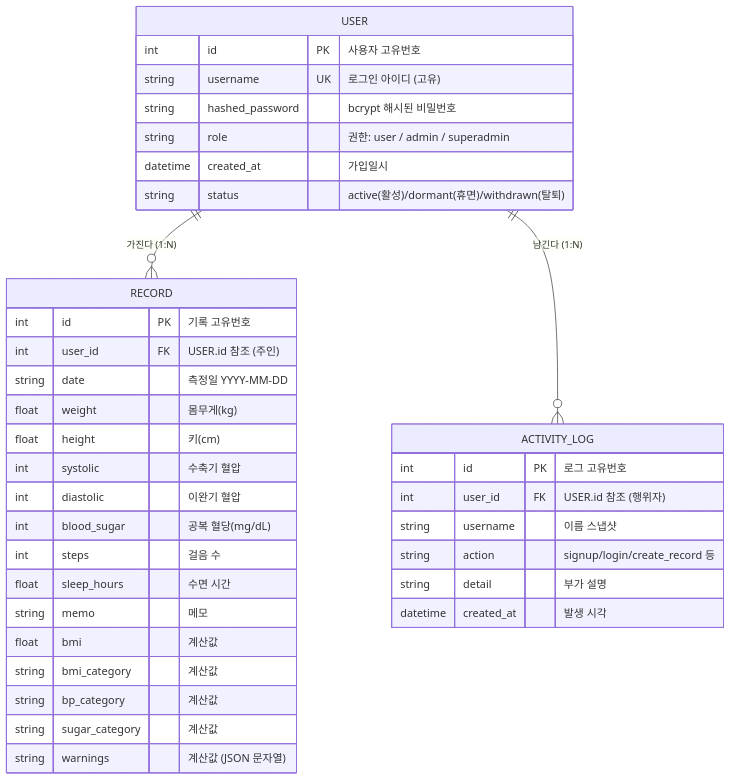
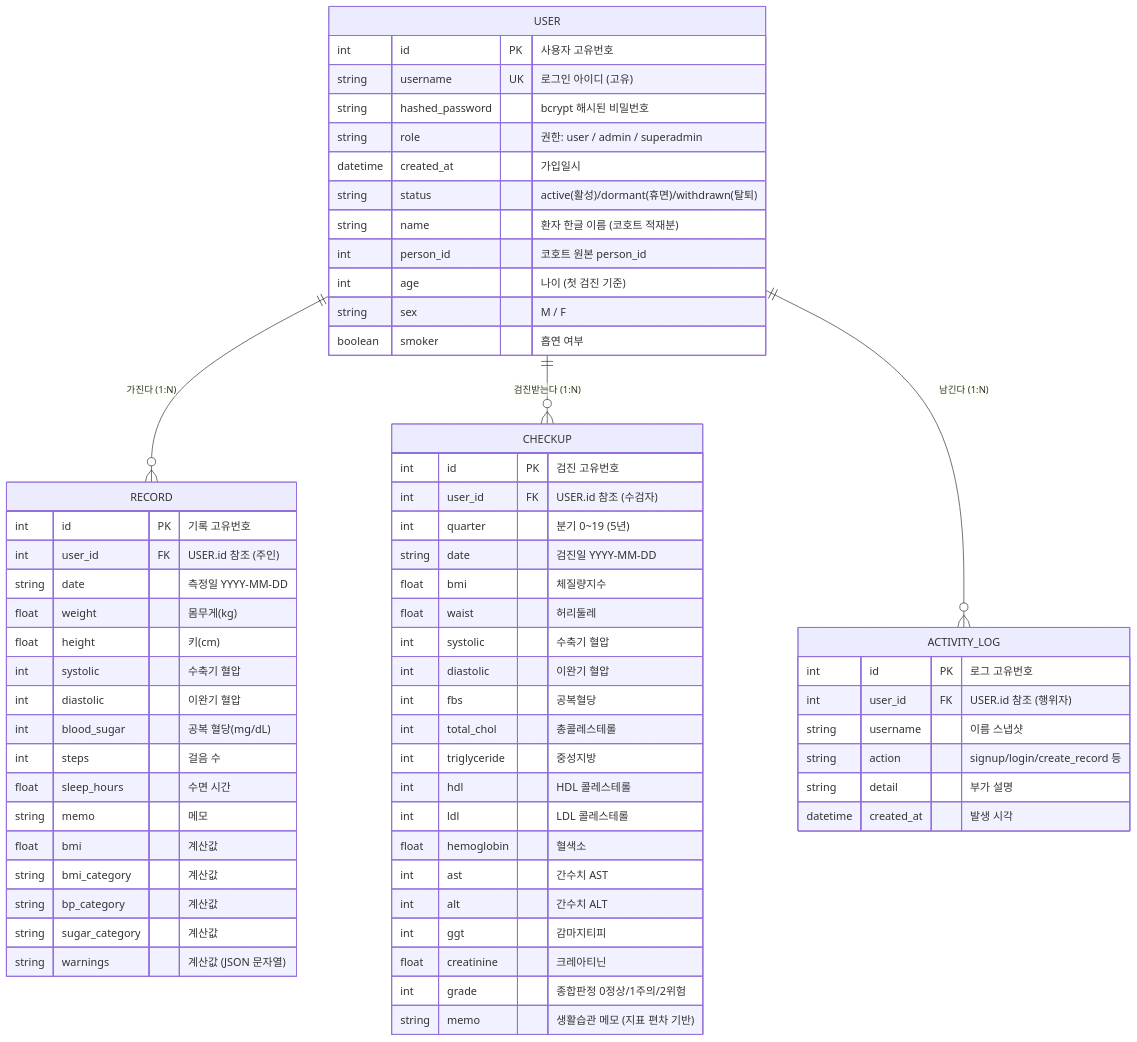
Before and after one commit to jeonkooseong-hue/health-log-api: the diagram in docs/ERD.md, drawn with Mermaid. The commit also changed other lines of this file and 14 other files, not shown here.

````diff
--- a/docs/ERD.md
+++ b/docs/ERD.md
@@ -5,42 +5,71 @@
 ```mermaid
 erDiagram
     USER ||--o{ RECORD : "가진다 (1:N)"
+    USER ||--o{ CHECKUP : "검진받는다 (1:N)"
     USER ||--o{ ACTIVITY_LOG : "남긴다 (1:N)"
 
     USER {
         int id PK "사용자 고유번호"
         string username UK "로그인 아이디 (고유)"
         string hashed_password "bcrypt 해시된 비밀번호"
         string role "권한: user / admin / superadmin"
         datetime created_at "가입일시"
         string status "active(활성)/dormant(휴면)/withdrawn(탈퇴)"
+        string name "환자 한글 이름 (코호트 적재분)"
+        int person_id "코호트 원본 person_id"
+        int age "나이 (첫 검진 기준)"
+        string sex "M / F"
+        boolean smoker "흡연 여부"
     }
 
     RECORD {
         int id PK "기록 고유번호"
         int user_id FK "USER.id 참조 (주인)"
         string date "측정일 YYYY-MM-DD"
         float weight "몸무게(kg)"
         float height "키(cm)"
         int systolic "수축기 혈압"
         int diastolic "이완기 혈압"
         int blood_sugar "공복 혈당(mg/dL)"
         int steps "걸음 수"
         float sleep_hours "수면 시간"
         string memo "메모"
         float bmi "계산값"
         string bmi_category "계산값"
         string bp_category "계산값"
         string sugar_category "계산값"
         string warnings "계산값 (JSON 문자열)"
     }
 
+    CHECKUP {
+        int id PK "검진 고유번호"
+        int user_id FK "USER.id 참조 (수검자)"
+        int quarter "분기 0~19 (5년)"
+        string date "검진일 YYYY-MM-DD"
+        float bmi "체질량지수"
+        float waist "허리둘레"
+        int systolic "수축기 혈압"
+        int diastolic "이완기 혈압"
+        int fbs "공복혈당"
+        int total_chol "총콜레스테롤"
+        int triglyceride "중성지방"
+        int hdl "HDL 콜레스테롤"
+        int ldl "LDL 콜레스테롤"
+        float hemoglobin "혈색소"
+        int ast "간수치 AST"
+        int alt "간수치 ALT"
+        int ggt "감마지티피"
+        float creatinine "크레아티닌"
+        int grade "종합판정 0정상/1주의/2위험"
+        string memo "생활습관 메모 (지표 편차 기반)"
+    }
+
     ACTIVITY_LOG {
         int id PK "로그 고유번호"
         int user_id FK "USER.id 참조 (행위자)"
         string username "이름 스냅샷"
         string action "signup/login/create_record 등"
         string detail "부가 설명"
         datetime created_at "발생 시각"
     }
 ```
````
